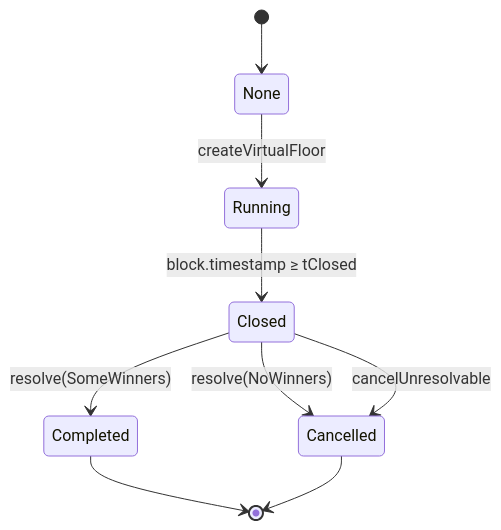
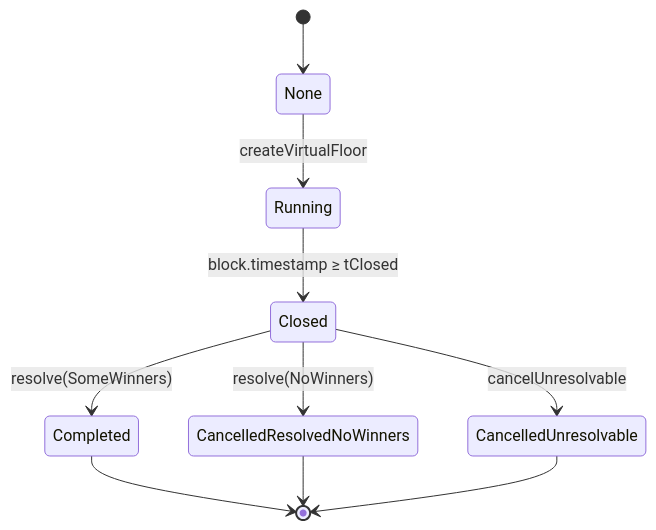
Before and after one commit to 0xsaxit/doubledice: the first of 2 diagrams in platform/docs/STATE.md, drawn with Mermaid. The commit also changed other lines of this file and 7 other files, not shown here.

Commit message:
:recycle: Split Cancelled on-chain state into Unresolvable|NoWinners

````diff
--- a/platform/docs/STATE.md
+++ b/platform/docs/STATE.md
@@ -5,11 +5,12 @@
 ```mermaid
 stateDiagram-v2
     [*] --> None
     None --> Running: createVirtualFloor
     Running --> Closed: block.timestamp ≥ tClosed
     Closed --> Completed: resolve(SomeWinners)
-    Closed --> Cancelled: resolve(NoWinners)
-    Closed --> Cancelled: cancelUnresolvable
+    Closed --> CancelledResolvedNoWinners: resolve(NoWinners)
+    Closed --> CancelledUnresolvable: cancelUnresolvable
     Completed --> [*]
-    Cancelled --> [*]
+    CancelledResolvedNoWinners --> [*]
+    CancelledUnresolvable --> [*]
 ```
````
